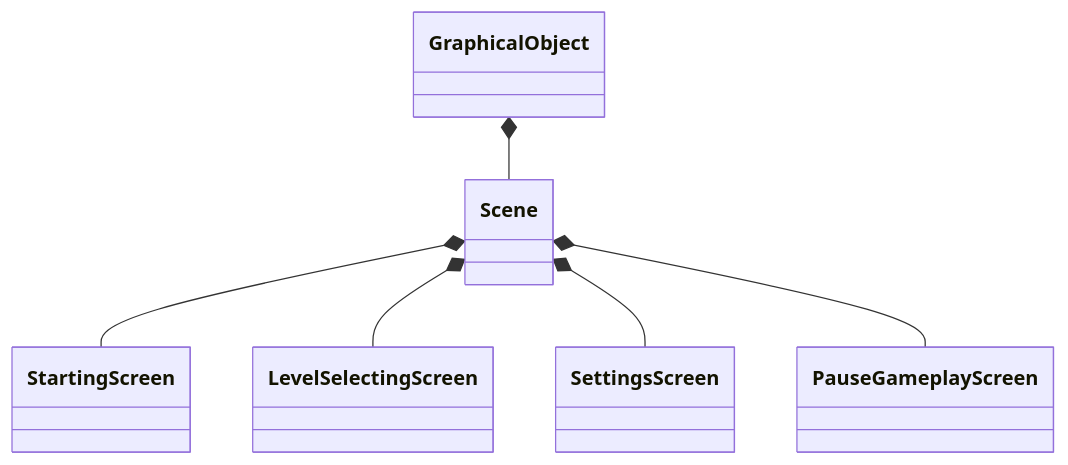
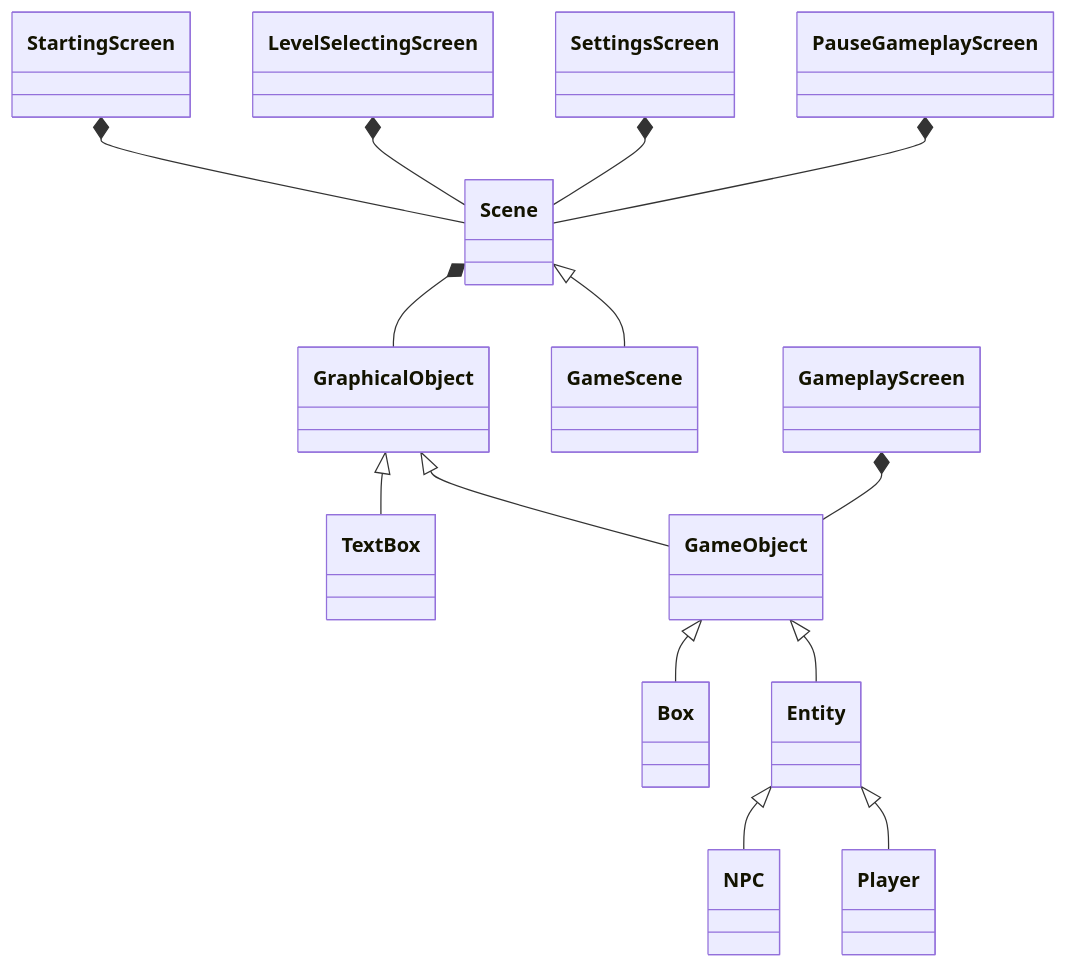
Before and after one commit to dRoycon/HS_SoftwareEngineeringProject: the diagram in planning_class_structure/README.md, drawn with Mermaid.

Commit message:
modified:   planning_class_structure/README.md

````diff
--- a/planning_class_structure/README.md
+++ b/planning_class_structure/README.md
@@ -3,12 +3,21 @@
 ``` mermaid
 classDiagram
 
-    Scene *-- StartingScreen
-    Scene *-- LevelSelectingScreen
-    Scene *-- SettingsScreen
-    Scene *-- PauseGameplayScreen
+    StartingScreen *-- Scene
+    LevelSelectingScreen *-- Scene
+    SettingsScreen *-- Scene
+    PauseGameplayScreen *-- Scene
 
-    GraphicalObject *-- Scene
-    
+    Scene *-- GraphicalObject
+    Scene <|-- GameScene 
 
+    GraphicalObject <|-- TextBox
+    GraphicalObject <|-- GameObject
+
+    GameObject <|-- Box
+    GameObject <|-- Entity
+    GameplayScreen *-- GameObject 
+
+    Entity <|-- NPC
+    Entity <|-- Player
 ```
````
